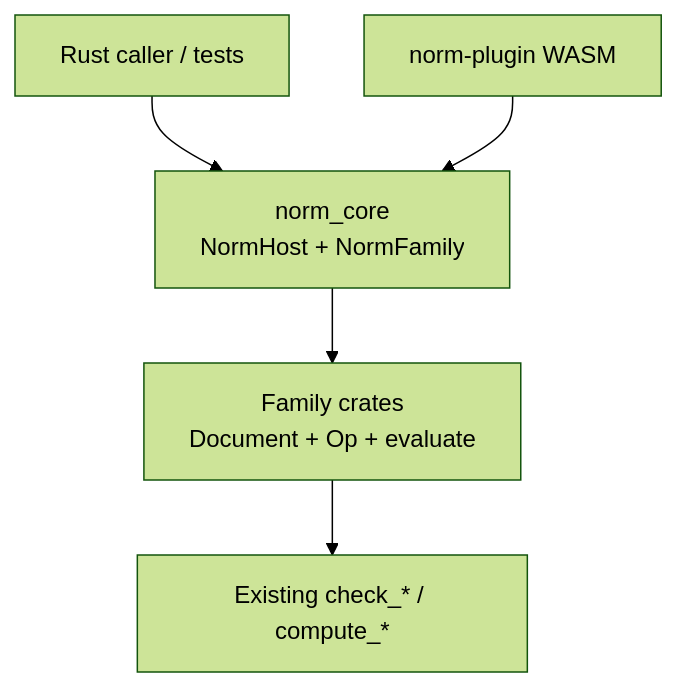
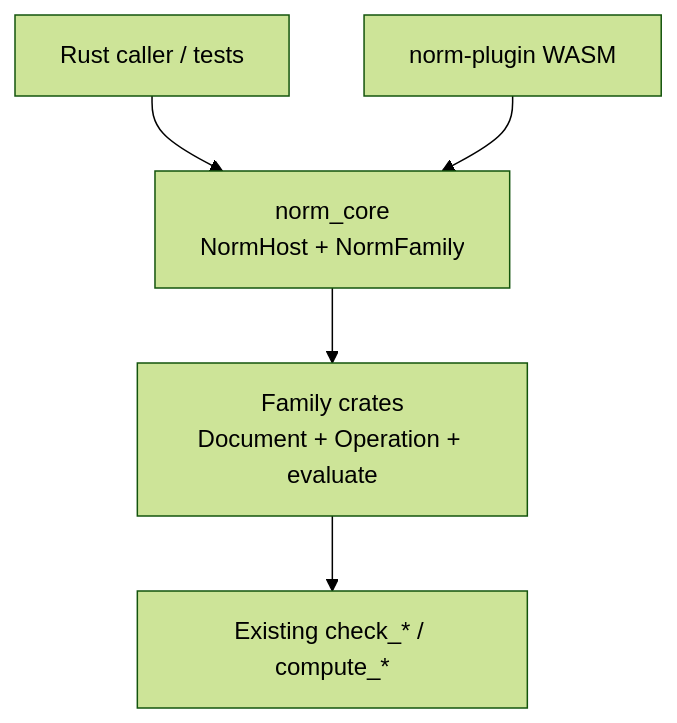
Before and after one commit to usalu/semio: the diagram in .cursor/plans/norm_plugin_apps_88de84b8.plan.md, drawn with Mermaid (forest theme). The commit also changed other lines of this file and 513 other files, not shown here.

````diff
--- a/.cursor/plans/norm_plugin_apps_88de84b8.plan.md
+++ b/.cursor/plans/norm_plugin_apps_88de84b8.plan.md
@@ -32,13 +32,13 @@
 ```mermaid
 flowchart TB
   caller["Rust caller / tests"]
   plugin["norm-plugin WASM"]
   core["norm_core\nNormHost + NormFamily"]
-  families["Family crates\nDocument + Op + evaluate"]
+  families["Family crates\nDocument + Operation + evaluate"]
   checks["Existing check_* / compute_*"]
 
   caller --> core
   plugin --> core
   core --> families
   families --> checks
 ```
````
